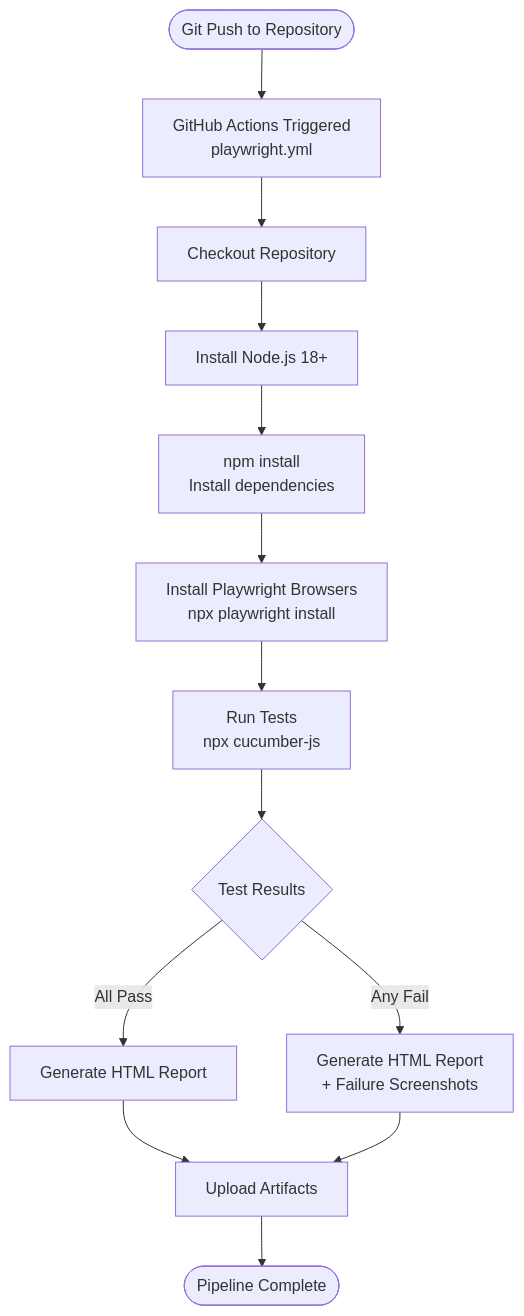
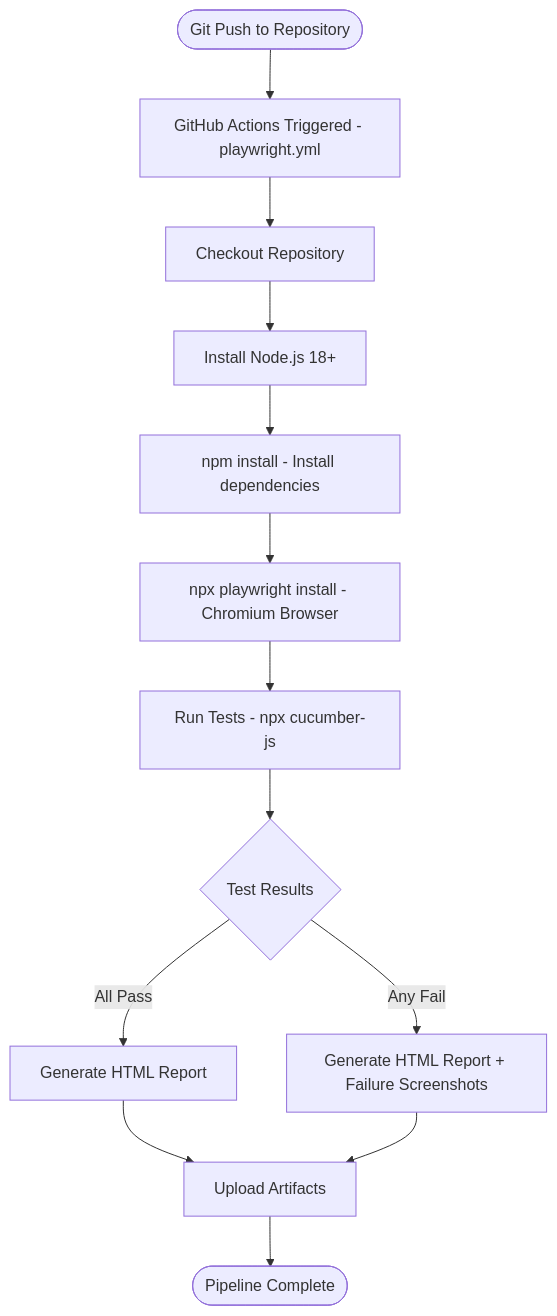
Diagram 13 of 15 in rchitecture.md (ron457/Cucumber-Test-Ophelia), drawn with Mermaid before and after one commit. The commit also changed other lines of this file, not shown here.

````diff
--- a/rchitecture.md
+++ b/rchitecture.md
@@ -332,15 +327,15 @@
 ```mermaid
 flowchart TD
-    A([Git Push to Repository]) --> B[GitHub Actions Triggered\nplaywright.yml]
+    A([Git Push to Repository]) --> B["GitHub Actions Triggered - playwright.yml"]
     B --> C[Checkout Repository]
-    C --> D[Install Node.js 18+]
-    D --> E[npm install\nInstall dependencies]
-    E --> F[Install Playwright Browsers\nnpx playwright install]
-    F --> G[Run Tests\nnpx cucumber-js]
+    C --> D["Install Node.js 18+"]
+    D --> E["npm install - Install dependencies"]
+    E --> F["npx playwright install - Chromium Browser"]
+    F --> G["Run Tests - npx cucumber-js"]
     G --> H{Test Results}
     H -->|All Pass| I[Generate HTML Report]
-    H -->|Any Fail| J[Generate HTML Report\n+ Failure Screenshots]
+    H -->|Any Fail| J["Generate HTML Report + Failure Screenshots"]
     I --> K[Upload Artifacts]
     J --> K
     K --> L([Pipeline Complete])
 ```
````
